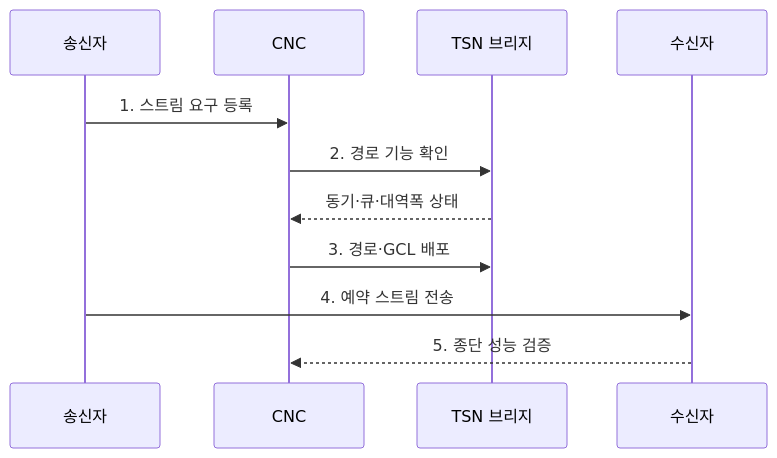
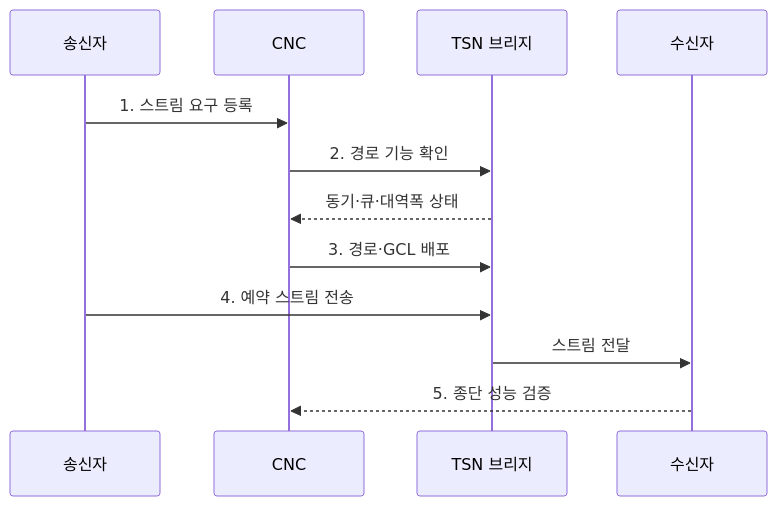
Before and after one commit to agnusdei1207/knowledge-base: the second of 2 diagrams in src/content/docs/notes/04-network/083_time_sensitive_networking.md, drawn with Mermaid. The commit also changed other lines of this file and 20 other files, not shown here.

````diff
--- a/src/content/docs/notes/04-network/083_time_sensitive_networking.md
+++ b/src/content/docs/notes/04-network/083_time_sensitive_networking.md
@@ -79,13 +90,14 @@
 ```mermaid
 sequenceDiagram
     participant T as 송신자
     participant C as CNC
     participant B as TSN 브리지
     participant L as 수신자
     T->>C: 1. 스트림 요구 등록
     C->>B: 2. 경로 기능 확인
     B-->>C: 동기·큐·대역폭 상태
     C->>B: 3. 경로·GCL 배포
-    T->>L: 4. 예약 스트림 전송
+    T->>B: 4. 예약 스트림 전송
+    B->>L: 스트림 전달
     L-->>C: 5. 종단 성능 검증
 ```
````
